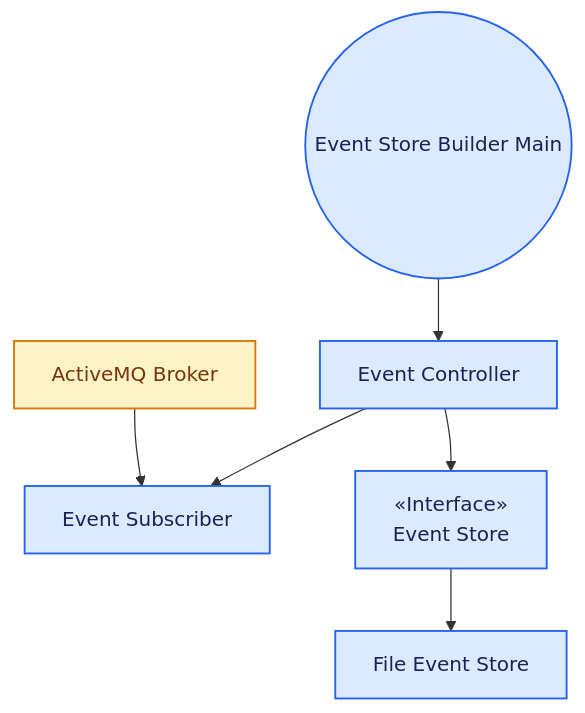
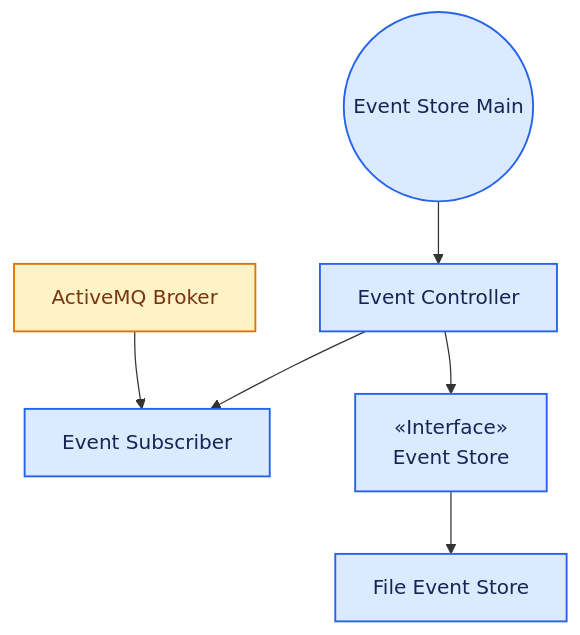
One commit to NoVibesJustCode/sky-delay-forecast changed the fourth of 5 diagrams in README.md. Above: the diagram before and after it, drawn with Mermaid. The commit also changed other lines of this file and 1 other file, not shown here.

Commit message:
docs: update Business Unit diagram

````diff
--- a/README.md
+++ b/README.md
@@ -377,24 +377,24 @@
 ```mermaid
 flowchart TD
-  node_event_main(("Event Store Builder Main")):::toneBlue
+  node_event_main(("Event Store Main")):::toneBlue
   node_event_controller["Event Controller"]:::toneBlue
   node_event_subscriber["Event Subscriber"]:::toneBlue
   node_event_store_interface["«Interface» 
   Event Store"]:::toneBlue
   node_event_store["File Event Store"]:::toneBlue
   node_amq["ActiveMQ Broker"]:::toneAmber
 
   node_event_main --> node_event_controller
   node_event_controller --> node_event_subscriber
   node_amq --> node_event_subscriber
   node_event_controller --> node_event_store_interface
   node_event_store_interface --> node_event_store
 
   click node_event_main "https://github.com/novibesjustcode/sky-delay-forecast/blob/dev/event-store-builder/src/main/java/es/ulpgc/dacd/skydelay/eventstore/Main.java"
   click node_event_controller "https://github.com/novibesjustcode/sky-delay-forecast/blob/dev/event-store-builder/src/main/java/es/ulpgc/dacd/skydelay/eventstore/control/Controller.java"
   click node_event_subscriber "https://github.com/novibesjustcode/sky-delay-forecast/blob/dev/event-store-builder/src/main/java/es/ulpgc/dacd/skydelay/eventstore/control/ActiveMQEventSubscriber.java"
   click node_event_store "https://github.com/novibesjustcode/sky-delay-forecast/blob/dev/event-store-builder/src/main/java/es/ulpgc/dacd/skydelay/eventstore/control/FileEventStore.java"
 
   classDef toneBlue fill:#dbeafe,stroke:#2563eb,stroke-width:1.5px,color:#172554
   classDef toneAmber fill:#fef3c7,stroke:#d97706,stroke-width:1.5px,color:#78350f
 ```
````
